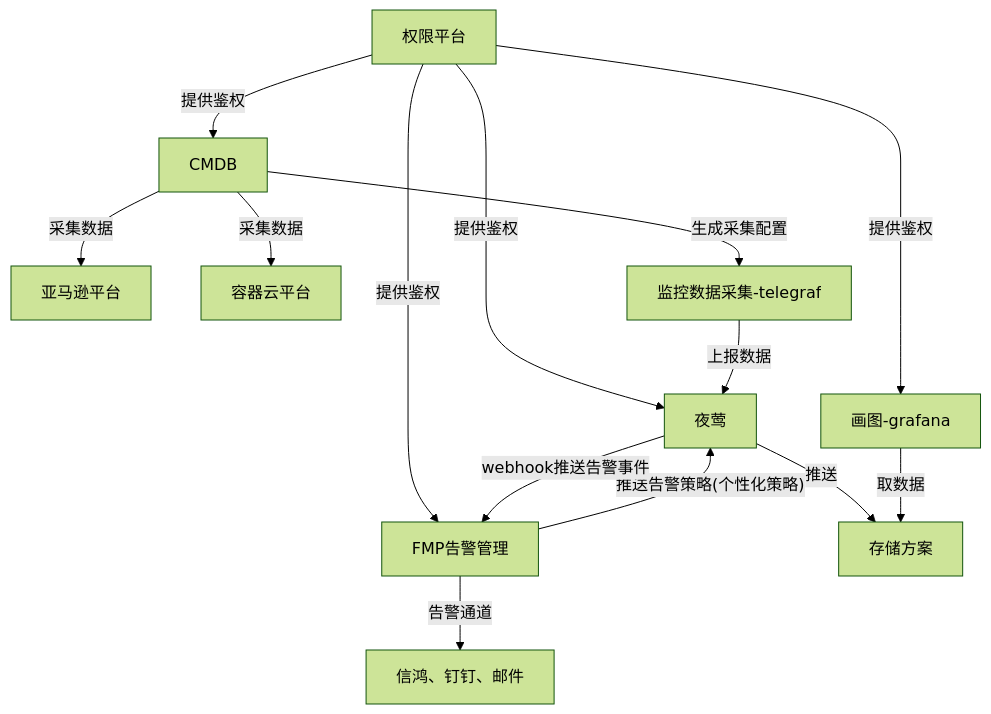
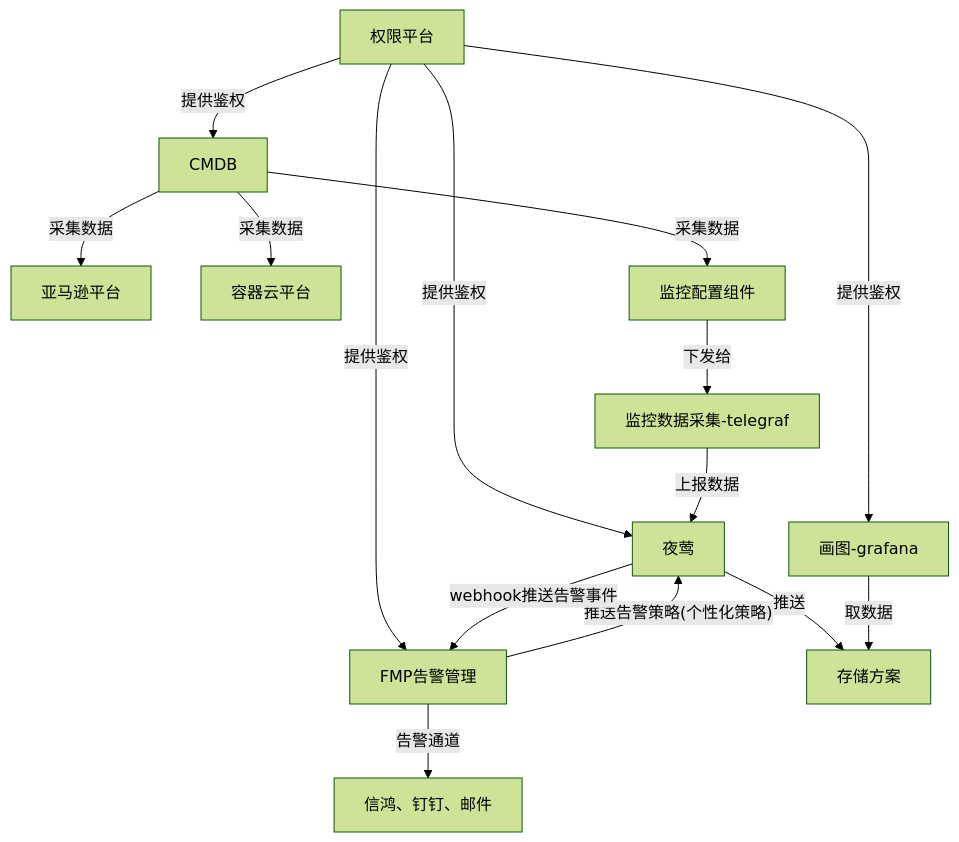
Before and after one commit to fgp1990/notebook: the diagram in 业务/海外监控系统设计/总体框架.md, drawn with Mermaid (forest theme). The commit also changed other lines of this file and 2 other files, not shown here.

Commit message:
telegraf 自研input plugin

````diff
--- a/业务/海外监控系统设计/总体框架.md
+++ b/业务/海外监控系统设计/总体框架.md
@@ -5,27 +5,29 @@
 ```mermaid
 flowchart  TD
 LDAP[权限平台]
 AWS[亚马逊平台]
 K8S[容器云平台]
 CMDB[CMDB]
 Hichat["信鸿、钉钉、邮件"]
 FMP[FMP告警管理]
 GRAFANA[画图-grafana]
 N9E[夜莺]
 STORAGE[存储方案]
 TELEGRAF[监控数据采集-telegraf]
+MONITOR_CATEGORY[监控配置组件]
 
 LDAP--提供鉴权-->CMDB
 LDAP--提供鉴权-->FMP
 LDAP--提供鉴权-->N9E
 LDAP--提供鉴权-->GRAFANA
 CMDB--采集数据-->AWS
 CMDB--采集数据-->K8S
+CMDB--采集数据-->MONITOR_CATEGORY
+MONITOR_CATEGORY--下发给-->TELEGRAF
 FMP--告警通道-->Hichat
 TELEGRAF--上报数据-->N9E
 N9E--推送-->STORAGE
 GRAFANA--取数据-->STORAGE
-CMDB--生成采集配置-->TELEGRAF
 FMP--"推送告警策略(个性化策略)"-->N9E
 N9E--webhook推送告警事件-->FMP
 ```
````
